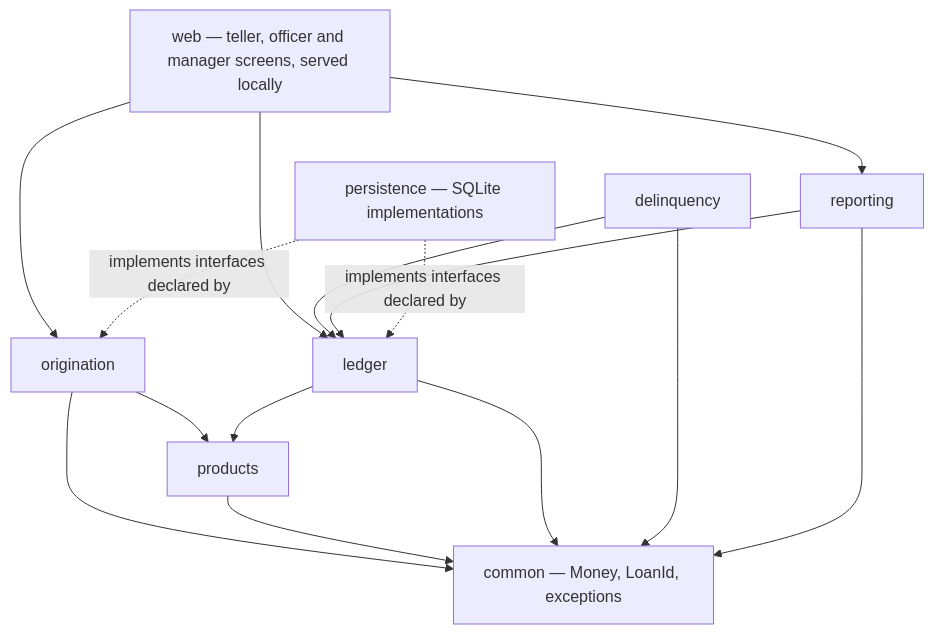
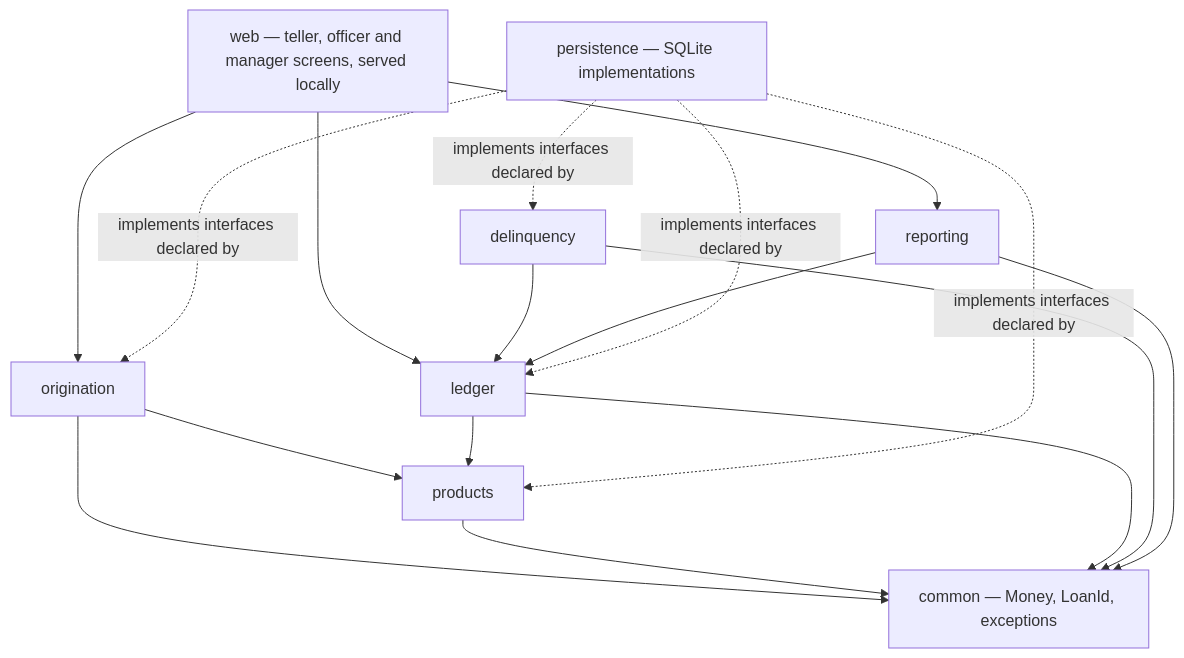
The fifth of 5 diagrams in docs/M1-SE423-Proposal-OOD-Pattern-Plan.md (MicroLend-SE423/microlend), drawn with Mermaid before and after one commit. The commit also changed other lines of this file, not shown here.

````diff
--- a/docs/M1-SE423-Proposal-OOD-Pattern-Plan.md
+++ b/docs/M1-SE423-Proposal-OOD-Pattern-Plan.md
@@ -370,26 +473,28 @@
 ```mermaid
 flowchart TB
     WEB[web — teller, officer and manager screens, served locally]
     ORIG[origination]
     PROD[products]
     LED[ledger]
     DEL[delinquency]
     REP[reporting]
     COMMON[common — Money, LoanId, exceptions]
     PERSIST[persistence — SQLite implementations]
 
     WEB --> ORIG
     WEB --> LED
     WEB --> REP
     ORIG --> PROD
     ORIG --> COMMON
     PROD --> COMMON
     LED --> PROD
     LED --> COMMON
     DEL --> LED
     DEL --> COMMON
     REP --> LED
     REP --> COMMON
     PERSIST -.implements interfaces declared by.-> LED
     PERSIST -.implements interfaces declared by.-> ORIG
+    PERSIST -.implements interfaces declared by.-> PROD
+    PERSIST -.implements interfaces declared by.-> DEL
 ```
````
